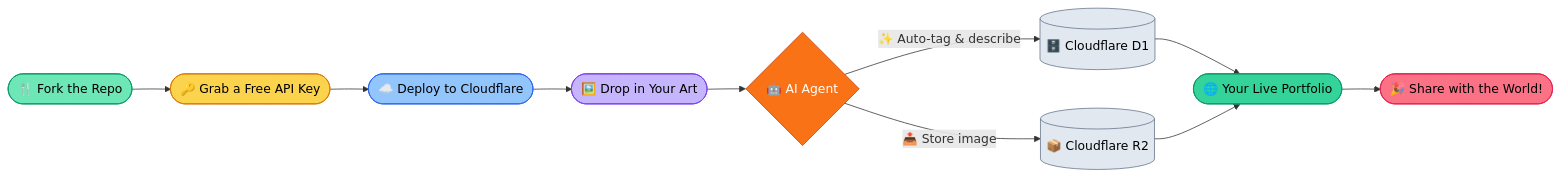
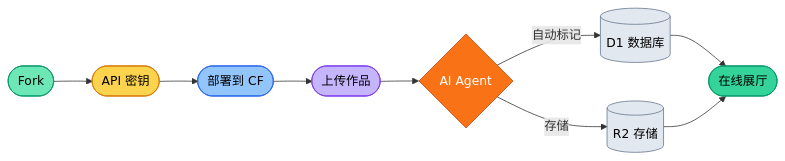
The diagram in README_ZH.md (danielw-sudo/AIGC-portfolio), drawn with Mermaid before and after one commit. The commit also changed other lines of this file and 18 other files, not shown here.

````diff
--- a/README_ZH.md
+++ b/README_ZH.md
@@ -30,21 +31,19 @@
 ```mermaid
 graph LR
-    A([🍴 Fork the Repo]) --> B([🔑 Grab a Free API Key])
-    B --> C([☁️ Deploy to Cloudflare])
-    C --> D([🖼️ Drop in Your Art])
-    D --> E{🤖 AI Agent}
-    E -->|✨ Auto-tag & describe| F[(🗄️ Cloudflare D1)]
-    E -->|📤 Store image| G[(📦 Cloudflare R2)]
-    F & G --> H([🌐 Your Live Portfolio])
-    H --> I([🎉 Share with the World!])
+    A([Fork]) --> B([API 密钥])
+    B --> C([部署到 CF])
+    C --> D([上传作品])
+    D --> E{AI Agent}
+    E -->|自动标记| F[(D1 数据库)]
+    E -->|存储| G[(R2 存储)]
+    F & G --> H([在线展厅])
 
     style A fill:#6ee7b7,stroke:#059669,color:#000
     style B fill:#fcd34d,stroke:#d97706,color:#000
     style C fill:#93c5fd,stroke:#2563eb,color:#000
     style D fill:#c4b5fd,stroke:#7c3aed,color:#000
     style E fill:#f97316,stroke:#c2410c,color:#fff
     style F fill:#e2e8f0,stroke:#64748b,color:#000
     style G fill:#e2e8f0,stroke:#64748b,color:#000
     style H fill:#34d399,stroke:#059669,color:#000
-    style I fill:#fb7185,stroke:#e11d48,color:#000
 ```
````
